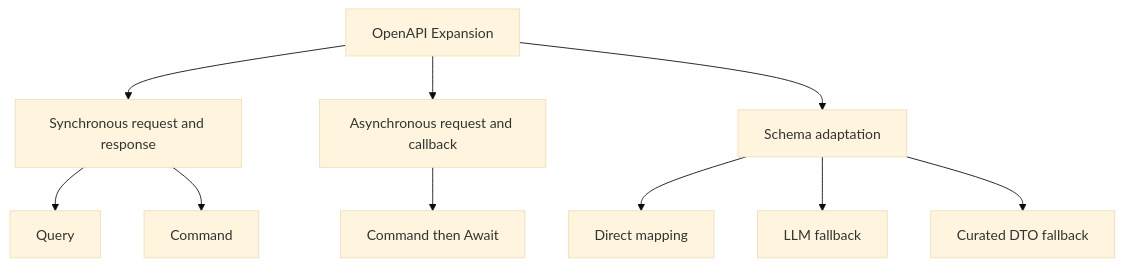
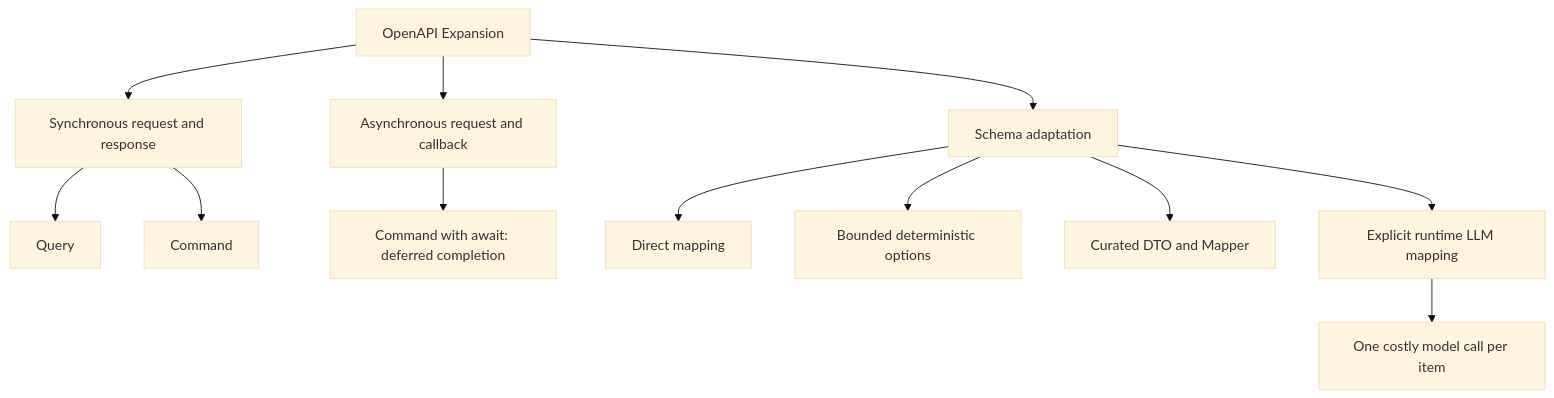
Before and after one commit to The-Pipeline-Framework/pipelineframework: the second of 2 diagrams in docs/value/saas-integration.md, drawn with Mermaid (base theme). The commit also changed other lines of this file and 14 other files, not shown here.

First line of the commit message:
docs: clarify OpenAPI deferred completion and mapping (#803)

````diff
--- a/docs/value/saas-integration.md
+++ b/docs/value/saas-integration.md
@@ -74,13 +75,15 @@
 ```mermaid
 flowchart TB
     O[OpenAPI Expansion]
     O --> S[Synchronous request and response]
     S --> Q[Query]
     S --> C[Command]
     O --> AC[Asynchronous request and callback]
-    AC --> CA[Command then Await]
+    AC --> CA[Command with await: deferred completion]
     O --> SA[Schema adaptation]
     SA --> DM[Direct mapping]
-    SA --> LF[LLM fallback]
-    SA --> DF[Curated DTO fallback]
+    SA --> BO[Bounded deterministic options]
+    SA --> DF[Curated DTO and Mapper]
+    SA --> RL[Explicit runtime LLM mapping]
+    RL --> EC[One costly model call per item]
 ```
````
